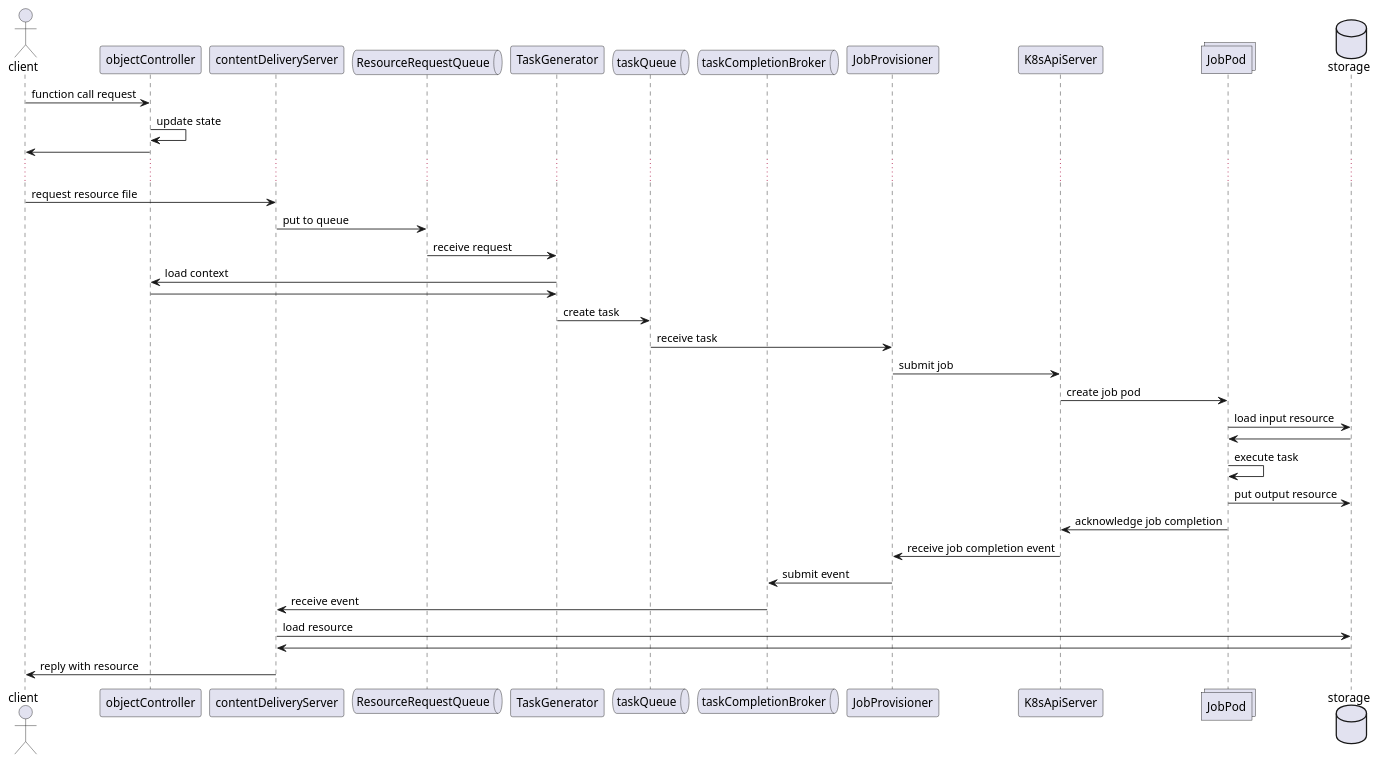
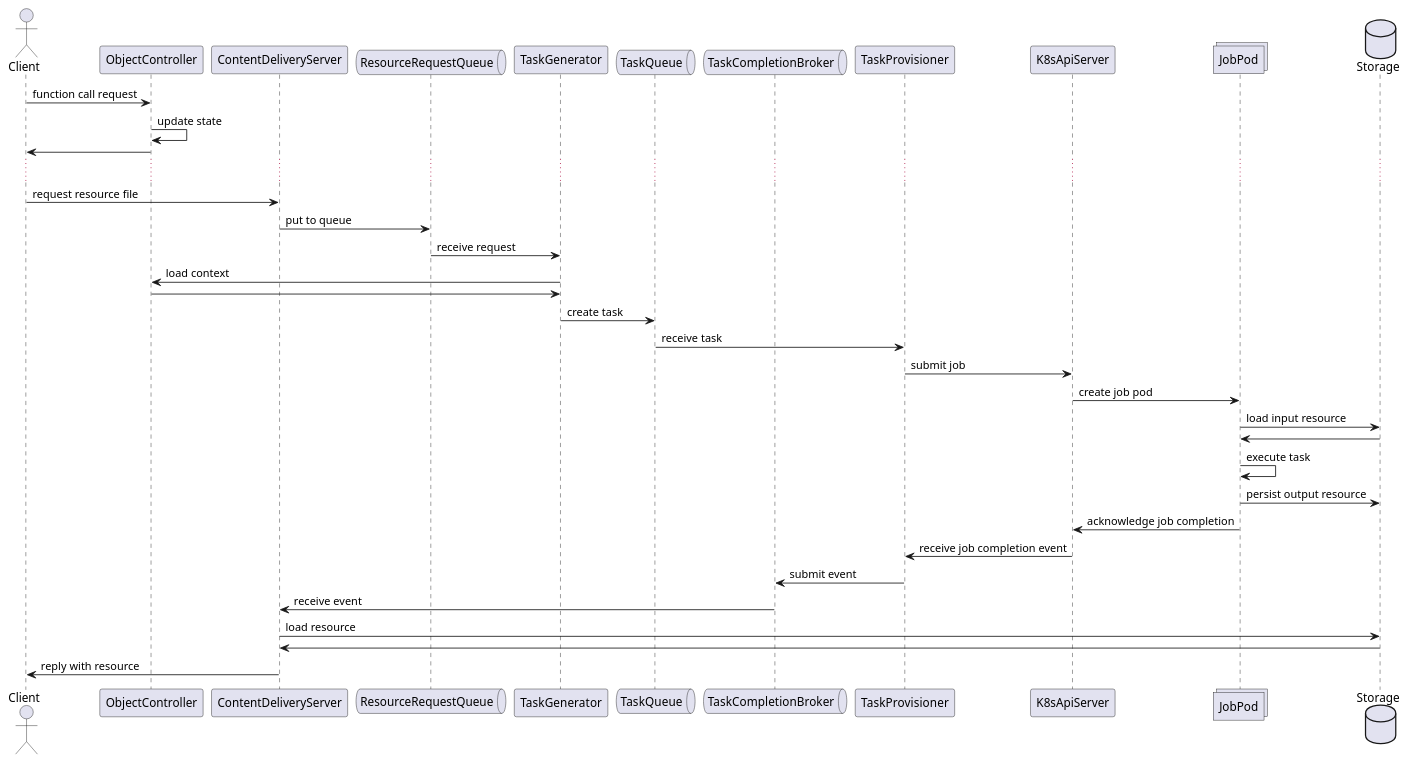
Before and after one commit to hpcclab/OaaS: the diagram in doc/diagrams/oaas_reactive_flow.puml, drawn with PlantUML. The commit also changed 2 other files, not shown here.

Commit message:
Update diagram

```diff
--- a/doc/diagrams/oaas_reactive_flow.puml
+++ b/doc/diagrams/oaas_reactive_flow.puml
@@ -1,42 +1,42 @@
 @startuml
 'https://plantuml.com/sequence-diagram
 
 
-actor client
-participant objectController
-participant contentDeliveryServer
+actor Client
+participant ObjectController
+participant ContentDeliveryServer
 queue ResourceRequestQueue
 participant TaskGenerator
-queue taskQueue
-queue taskCompletionBroker
-participant JobProvisioner
+queue TaskQueue
+queue TaskCompletionBroker
+participant TaskProvisioner
 participant K8sApiServer
 collections JobPod
-database storage
+database Storage
 
 
-client -> objectController: function call request
-objectController -> objectController: update state
-objectController -> client:
+Client -> ObjectController: function call request
+ObjectController -> ObjectController: update state
+ObjectController -> Client:
 ...
-client -> contentDeliveryServer: request resource file
-contentDeliveryServer -> ResourceRequestQueue: put to queue
+Client -> ContentDeliveryServer: request resource file
+ContentDeliveryServer -> ResourceRequestQueue: put to queue
 ResourceRequestQueue -> TaskGenerator: receive request
-TaskGenerator -> objectController: load context
-objectController -> TaskGenerator:
-TaskGenerator -> taskQueue: create task
-taskQueue -> JobProvisioner: receive task
-JobProvisioner -> K8sApiServer: submit job
+TaskGenerator -> ObjectController: load context
+ObjectController -> TaskGenerator:
+TaskGenerator -> TaskQueue: create task
+TaskQueue -> TaskProvisioner: receive task
+TaskProvisioner -> K8sApiServer: submit job
 K8sApiServer -> JobPod: create job pod
-JobPod -> storage: load input resource
-storage -> JobPod
+JobPod -> Storage: load input resource
+Storage -> JobPod
 JobPod -> JobPod: execute task
-JobPod -> storage: put output resource
+JobPod -> Storage: persist output resource
 JobPod -> K8sApiServer: acknowledge job completion
-K8sApiServer -> JobProvisioner: receive job completion event
-JobProvisioner -> taskCompletionBroker: submit event
-taskCompletionBroker -> contentDeliveryServer: receive event
-contentDeliveryServer -> storage: load resource
-storage -> contentDeliveryServer:
-contentDeliveryServer -> client: reply with resource
+K8sApiServer -> TaskProvisioner: receive job completion event
+TaskProvisioner -> TaskCompletionBroker: submit event
+TaskCompletionBroker -> ContentDeliveryServer: receive event
+ContentDeliveryServer -> Storage: load resource
+Storage -> ContentDeliveryServer:
+ContentDeliveryServer -> Client: reply with resource
 @enduml
```
